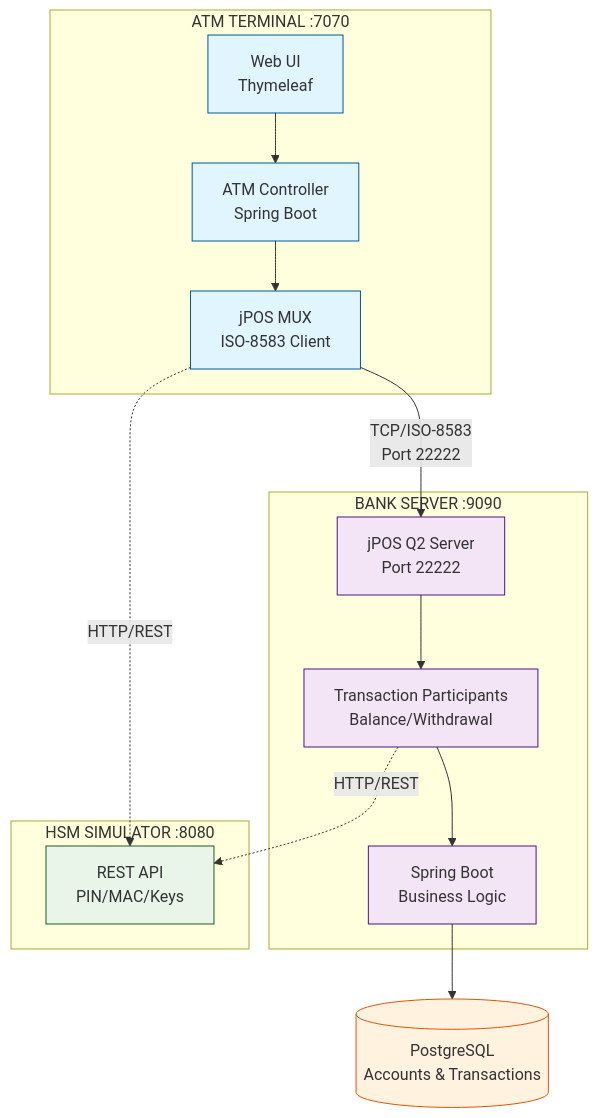
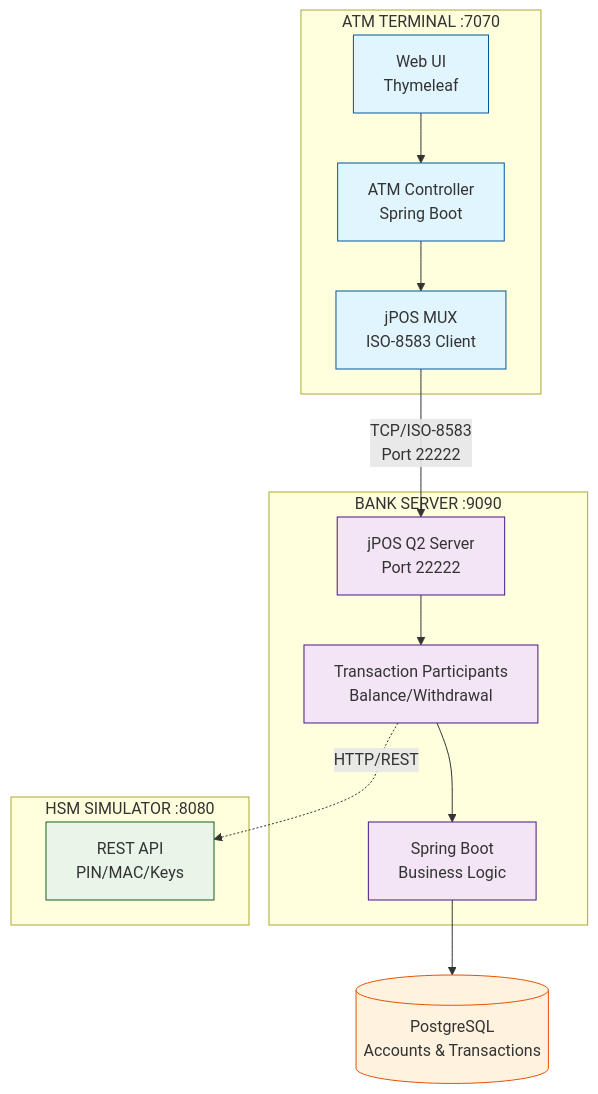
The diagram in README.md (artivisi/training-spring-jpos-2025), drawn with Mermaid before and after one commit.

Commit message:
fix diagram, remove direct connection between ATM and HSM

````diff
--- a/README.md
+++ b/README.md
@@ -68,39 +68,38 @@
 ```mermaid
 graph TB
     subgraph "ATM TERMINAL :7070"
         UI[Web UI<br/>Thymeleaf]
         AC[ATM Controller<br/>Spring Boot]
         AM[jPOS MUX<br/>ISO-8583 Client]
     end
 
     subgraph "BANK SERVER :9090"
         BS[jPOS Q2 Server<br/>Port 22222]
         BP[Transaction Participants<br/>Balance/Withdrawal]
         BD[Spring Boot<br/>Business Logic]
     end
 
     subgraph "HSM SIMULATOR :8080"
         H[REST API<br/>PIN/MAC/Keys]
     end
 
     DB[(PostgreSQL<br/>Accounts & Transactions)]
 
     UI --> AC
     AC --> AM
     AM -->|TCP/ISO-8583<br/>Port 22222| BS
     BS --> BP
     BP --> BD
     BD --> DB
     BP -.->|HTTP/REST| H
-    AM -.->|HTTP/REST| H
 
     classDef atm fill:#e1f5fe,stroke:#01579b
     classDef bank fill:#f3e5f5,stroke:#4a148c
     classDef hsm fill:#e8f5e8,stroke:#1b5e20
     classDef db fill:#fff3e0,stroke:#e65100
 
     class UI,AC,AM atm
     class BS,BP,BD bank
     class H hsm
     class DB db
 ```
````
